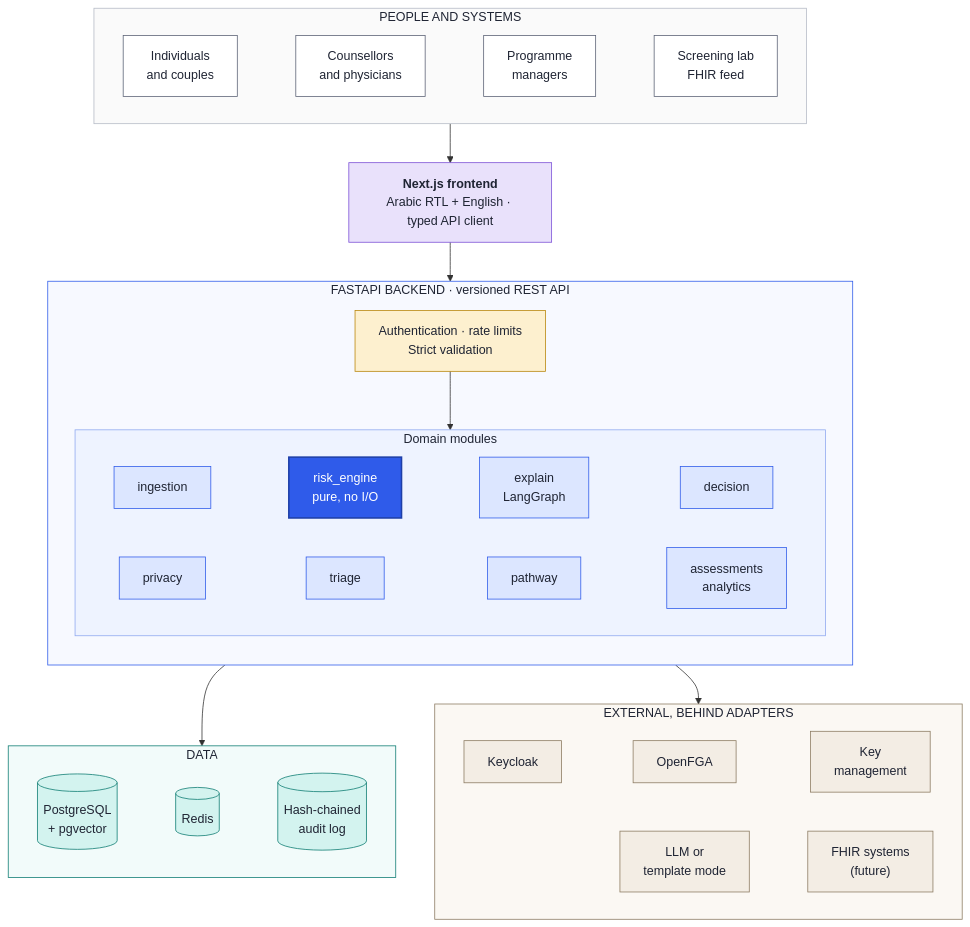
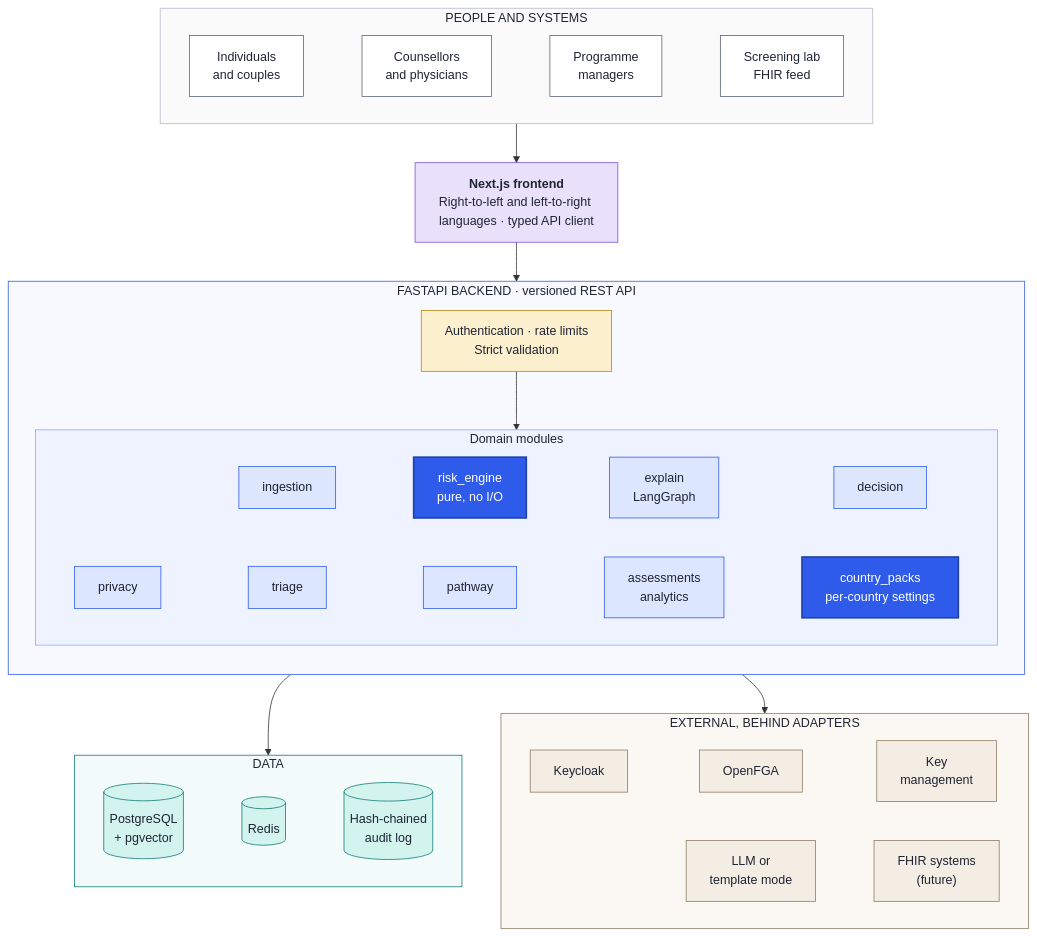
Before and after one commit to YaduvanshiHimanshunfsu/Future-Health-Digital-Innovation-Challenge: the fifth of 13 diagrams in README.md, drawn with Mermaid. The commit also changed other lines of this file and 244 other files, not shown here.

First line of the commit message:
feat: major update — country packs, Hindi i18n, hardened backend, CI pipeline, new tests

````diff
--- a/README.md
+++ b/README.md
@@ -140,48 +192,48 @@
 ```mermaid
 flowchart TB
     subgraph USERS["PEOPLE AND SYSTEMS"]
         direction LR
         U1["Individuals<br/>and couples"]:::user ~~~ U2["Counsellors<br/>and physicians"]:::user ~~~ U3["Programme<br/>managers"]:::user ~~~ U4["Screening lab<br/>FHIR feed"]:::user
     end
 
-    FE["<b>Next.js frontend</b><br/>Arabic RTL + English · typed API client"]:::web
+    FE["<b>Next.js frontend</b><br/>Right-to-left and left-to-right languages · typed API client"]:::web
 
     subgraph API["FASTAPI BACKEND · versioned REST API"]
         direction TB
         GW["Authentication · rate limits<br/>Strict validation"]:::gate
         subgraph DOM["Domain modules"]
             direction LR
             D1["ingestion"]:::dom ~~~ D2["risk_engine<br/>pure, no I/O"]:::core ~~~ D3["explain<br/>LangGraph"]:::dom ~~~ D4["decision"]:::dom
-            D5["privacy"]:::dom ~~~ D6["triage"]:::dom ~~~ D7["pathway"]:::dom ~~~ D8["assessments<br/>analytics"]:::dom
+            D5["privacy"]:::dom ~~~ D6["triage"]:::dom ~~~ D7["pathway"]:::dom ~~~ D8["assessments<br/>analytics"]:::dom ~~~ D9["country_packs<br/>per-country settings"]:::core
         end
         GW --> DOM
     end
 
     subgraph DATA["DATA"]
         direction LR
         S1[("PostgreSQL<br/>+ pgvector")]:::store ~~~ S2[("Redis")]:::store ~~~ S3[("Hash-chained<br/>audit log")]:::store
     end
 
     subgraph EXT["EXTERNAL, BEHIND ADAPTERS"]
         direction LR
         E1["Keycloak"]:::ext ~~~ E2["OpenFGA"]:::ext ~~~ E3["Key<br/>management"]:::ext
         E4["LLM or<br/>template mode"]:::ext ~~~ E5["FHIR systems<br/>(future)"]:::ext
     end
 
     USERS --> FE --> API
     API --> DATA
     API --> EXT
 
     classDef user fill:#FFFFFF,stroke:#5B6275,color:#1F2433
     classDef web fill:#E9E1FB,stroke:#7A4FD6,color:#1F2433
     classDef gate fill:#FDF0CF,stroke:#B8860B,color:#1F2433
     classDef dom fill:#DCE6FF,stroke:#2F5BEA,color:#1F2433
     classDef core fill:#2F5BEA,stroke:#1E3FA8,color:#FFFFFF,stroke-width:2px
     classDef store fill:#D3F3EF,stroke:#0E7C72,color:#1F2433
     classDef ext fill:#F3EDE4,stroke:#8C7B62,color:#1F2433
     style USERS fill:#FAFAFA,stroke:#B5BAC6,color:#1F2433
     style API fill:#F7F9FF,stroke:#2F5BEA,color:#1F2433
     style DOM fill:#EEF3FF,stroke:#8FA8F0,color:#1F2433
     style DATA fill:#F2FBFA,stroke:#0E7C72,color:#1F2433
     style EXT fill:#FBF8F3,stroke:#8C7B62,color:#1F2433
 ```
````
